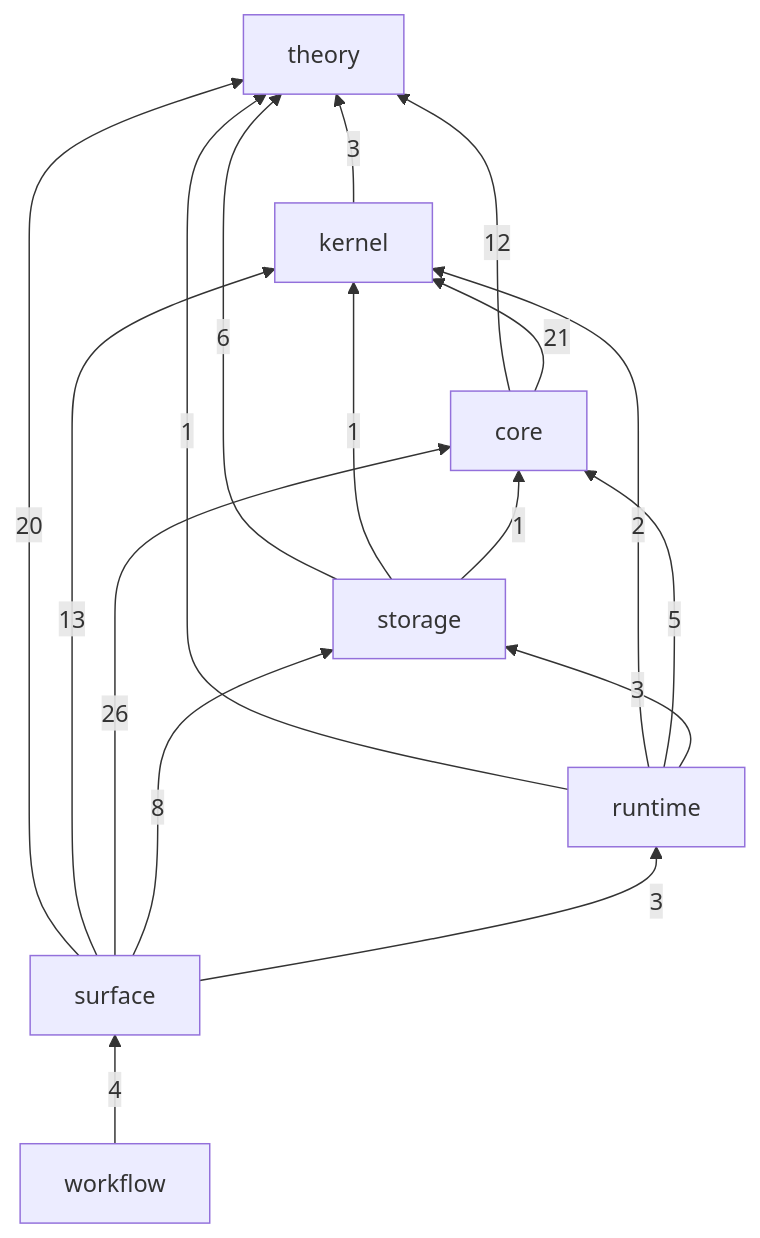
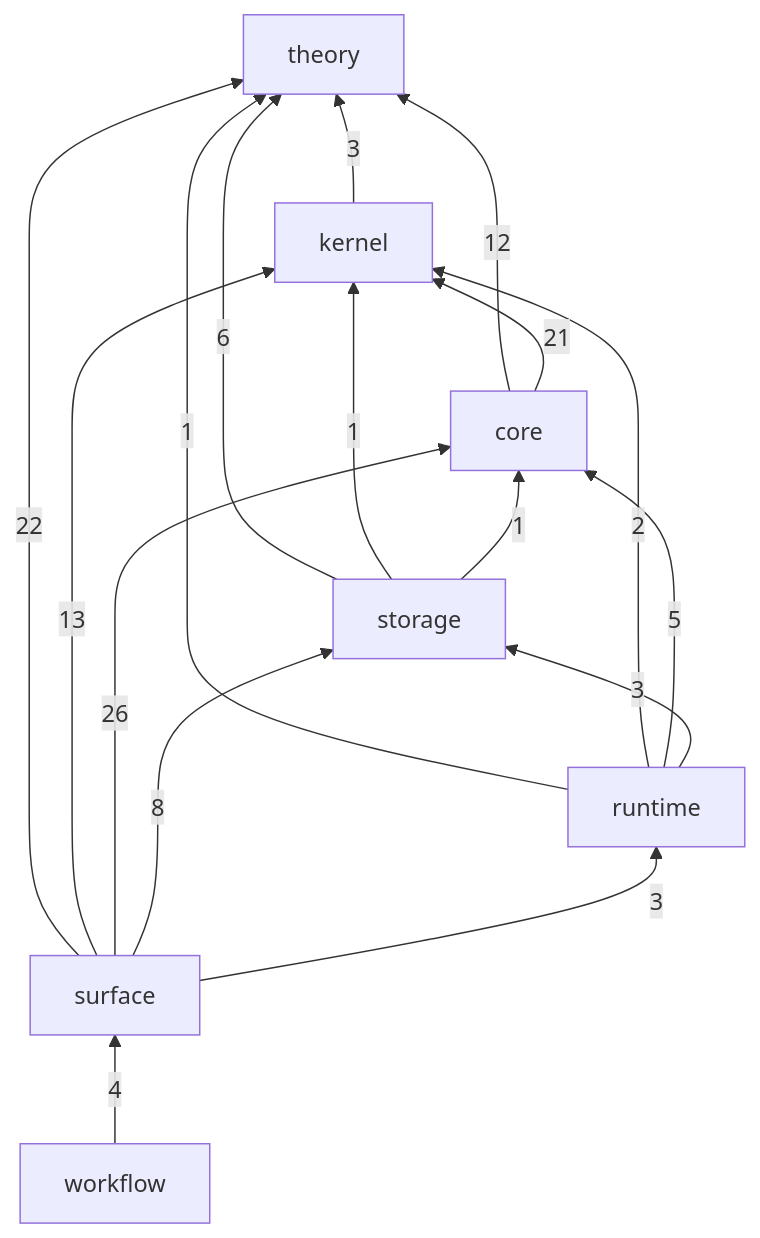
The diagram in ledger/README.md (gandr-lang/gandr), drawn with Mermaid before and after one commit. The commit also changed 36 other files, not shown here.

````diff
--- a/ledger/README.md
+++ b/ledger/README.md
@@ -28,26 +28,26 @@
 ```mermaid
 flowchart BT
   theory
   kernel
   core
   storage
   runtime
   surface
   workflow
   kernel -->|3| theory
   core -->|12| theory
   core -->|21| kernel
   storage -->|6| theory
   storage -->|1| kernel
   storage -->|1| core
   runtime -->|1| theory
   runtime -->|2| kernel
   runtime -->|5| core
   runtime -->|3| storage
-  surface -->|20| theory
+  surface -->|22| theory
   surface -->|13| kernel
   surface -->|26| core
   surface -->|8| storage
   surface -->|3| runtime
   workflow -->|4| surface
 ```
````
